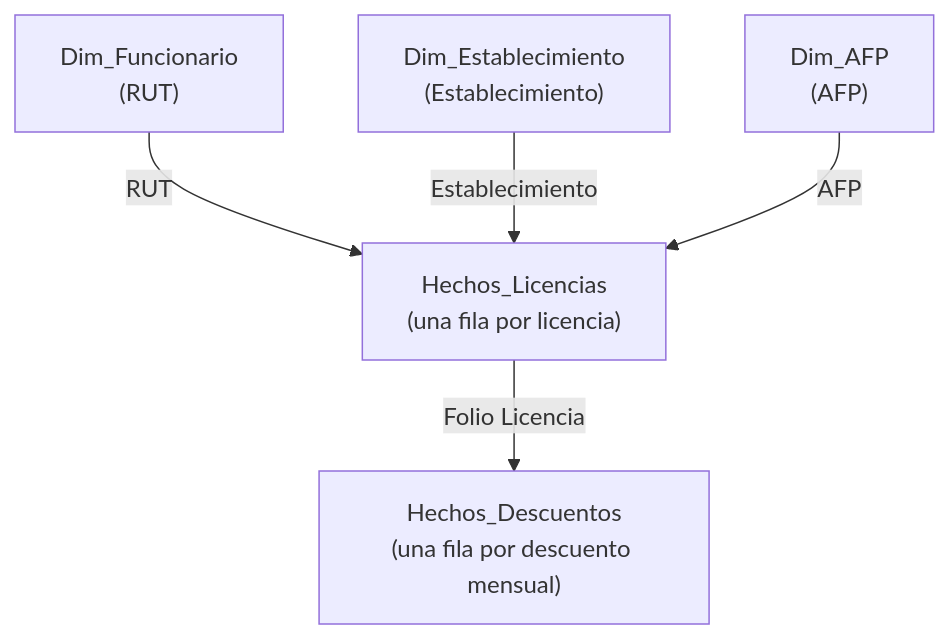
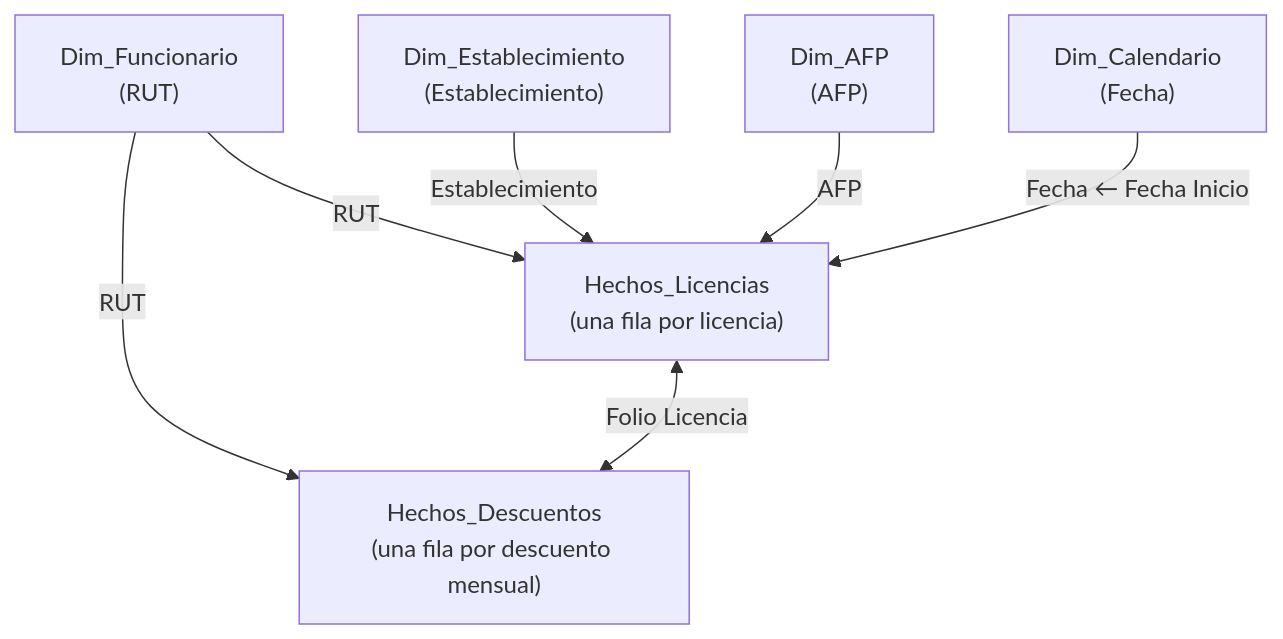
Before and after one commit to AdolfoRV/repositorio-SLEP: the third of 3 diagrams in documentacion.qmd, drawn with Mermaid. The commit also changed other lines of this file, not shown here.

````diff
--- a/documentacion.qmd
+++ b/documentacion.qmd
@@ -467,12 +596,15 @@
-```{mermaid}
+```mermaid
 flowchart TD
     F["Dim_Funcionario<br/>(RUT)"]
     E["Dim_Establecimiento<br/>(Establecimiento)"]
     A["Dim_AFP<br/>(AFP)"]
+    CAL["Dim_Calendario<br/>(Fecha)"]
     H["Hechos_Licencias<br/>(una fila por licencia)"]
     D["Hechos_Descuentos<br/>(una fila por descuento mensual)"]
     F -->|RUT| H
+    F -->|RUT| D
     E -->|Establecimiento| H
     A -->|AFP| H
-    H -->|Folio Licencia| D
+    CAL -->|Fecha ← Fecha Inicio| H
+    H <-->|Folio Licencia| D
 ```
````
